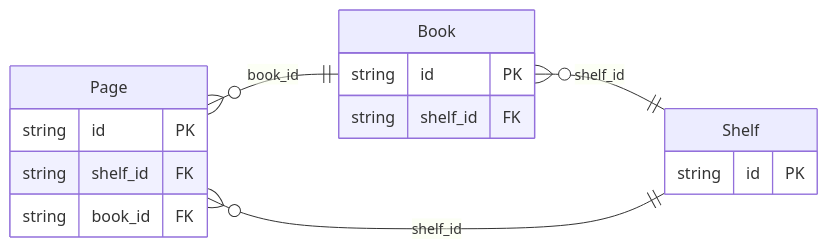
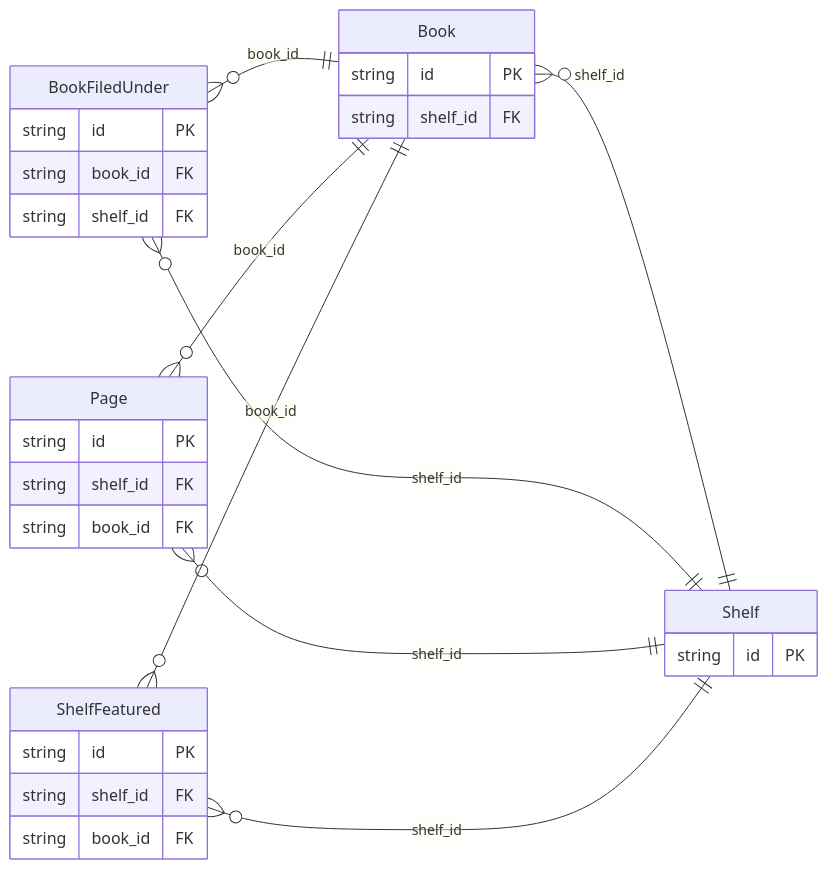
The diagram in plugin/factory/wire/testdata/cases/references/golden/prisma/catalog/README.md (the-protobuf-project/store), drawn with Mermaid before and after one commit. The commit also changed other lines of this file and 144 other files, not shown here.

````diff
--- a/plugin/factory/wire/testdata/cases/references/golden/prisma/catalog/README.md
+++ b/plugin/factory/wire/testdata/cases/references/golden/prisma/catalog/README.md
@@ -13,19 +13,33 @@
 ```mermaid
 erDiagram
     direction LR
     Book {
         string id PK
+        string shelf_id FK
+    }
+    BookFiledUnder {
+        string id PK
+        string book_id FK
         string shelf_id FK
     }
     Page {
         string id PK
         string shelf_id FK
         string book_id FK
     }
     Shelf {
         string id PK
     }
+    ShelfFeatured {
+        string id PK
+        string shelf_id FK
+        string book_id FK
+    }
     Book }o--|| Shelf : "shelf_id"
+    BookFiledUnder }o--|| Book : "book_id"
+    BookFiledUnder }o--|| Shelf : "shelf_id"
     Page }o--|| Shelf : "shelf_id"
     Page }o--|| Book : "book_id"
+    ShelfFeatured }o--|| Shelf : "shelf_id"
+    ShelfFeatured }o--|| Book : "book_id"
 ```
````
